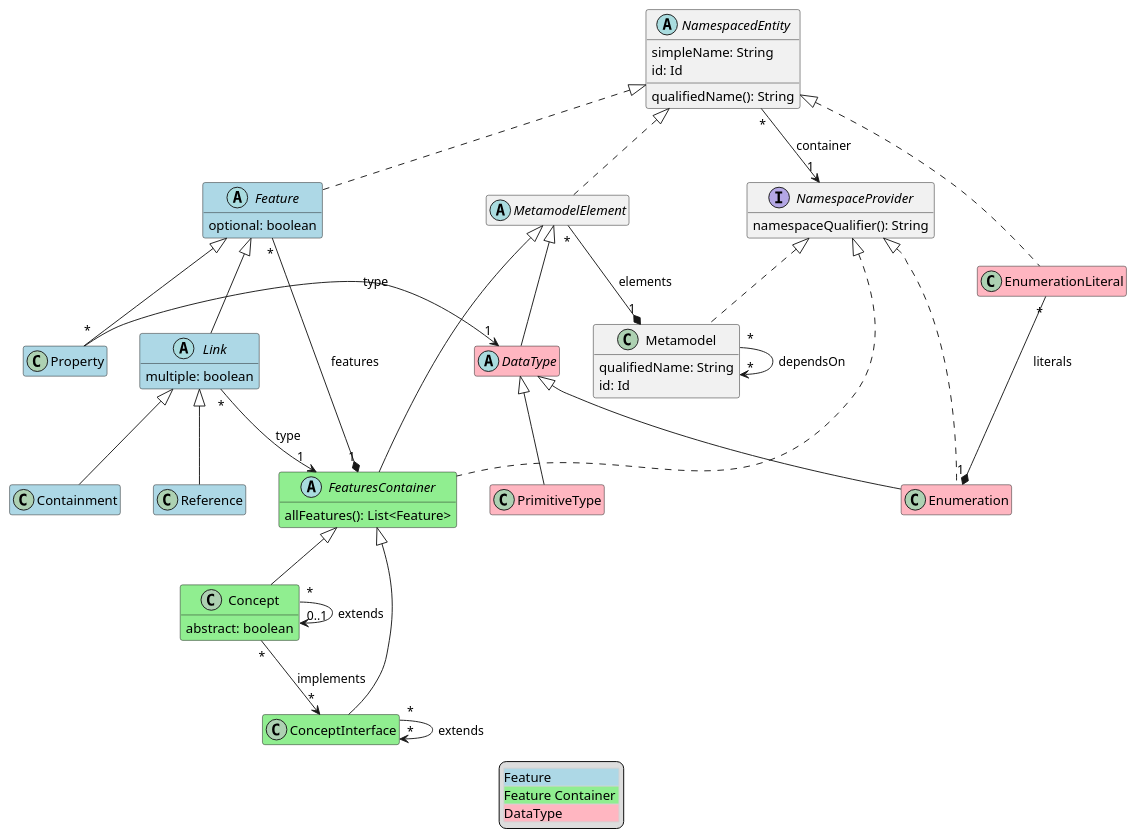
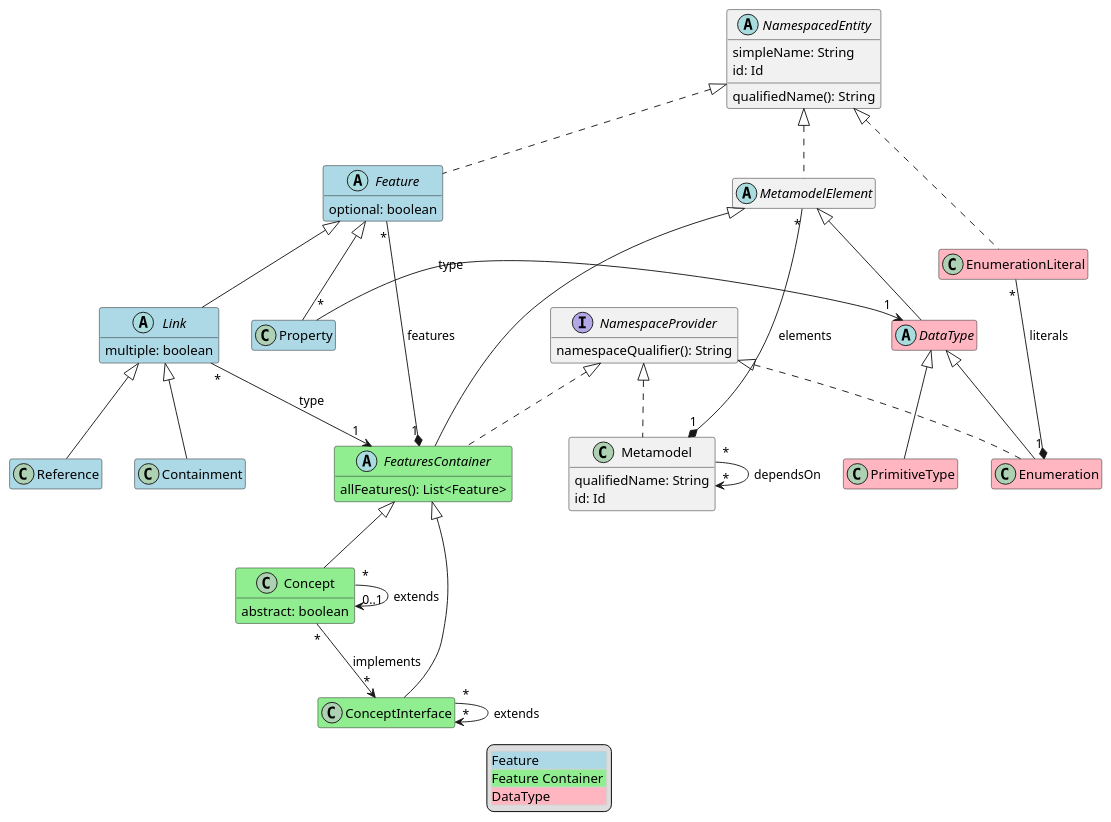
The diagram in lioncore/metametamodel.puml (LionWeb-io/specification), drawn with PlantUML before and after one commit. The commit also changed 2 other files, not shown here.

Commit message:
remove NamespacedEntity.container

```diff
--- a/lioncore/metametamodel.puml
+++ b/lioncore/metametamodel.puml
@@ -1,78 +1,76 @@
 @startuml
 hide empty members
 
 class Concept #LightGreen extends FeaturesContainer {
   abstract: boolean
 }
 
 class ConceptInterface #LightGreen extends FeaturesContainer
 
 class Containment #LightBlue extends Link
 
 abstract class DataType #LightPink extends MetamodelElement
 
 class Enumeration #LightPink extends DataType implements NamespaceProvider
 
 class EnumerationLiteral #LightPink implements NamespacedEntity
 
 abstract class Feature #LightBlue implements NamespacedEntity {
   optional: boolean
 }
 
 abstract class FeaturesContainer #LightGreen extends MetamodelElement implements NamespaceProvider {
   allFeatures(): List<Feature>
 }
 
 abstract class Link #LightBlue extends Feature {
   multiple: boolean
 }
 
 class Metamodel implements NamespaceProvider {
   qualifiedName: String
   id: Id
 }
 
 abstract class MetamodelElement implements NamespacedEntity
 
 abstract class NamespacedEntity {
   simpleName: String
   qualifiedName(): String
   id: Id
 }
 
 interface NamespaceProvider {
   namespaceQualifier(): String
 }
 
 class PrimitiveType #LightPink extends DataType
 
 class Property #LightBlue extends Feature
 
 class Reference #LightBlue extends Link
 
 ' relations:
 
 Concept "*" -> "0..1" Concept: extends
 Concept "*" --> "*" ConceptInterface: implements
 
 ConceptInterface "*" --> "*" ConceptInterface: extends
 
 EnumerationLiteral "*" -* "1" Enumeration : literals
 
 Feature "*" -* "1" FeaturesContainer: features
 
 Link "*" --> "1" FeaturesContainer: type
 
 Metamodel "*" --> "*" Metamodel: dependsOn
 MetamodelElement "*" -* "1" Metamodel: elements
 
-NamespacedEntity "*" --> "1" NamespaceProvider: container
-
 Property "*" -> "1" DataType: type
 
 legend
   <#LightGray,#LightGray>| <#LightBlue>Feature |
   | <#LightGreen>Feature Container |
   | <#LightPink>DataType |
 end legend
 @enduml
```
